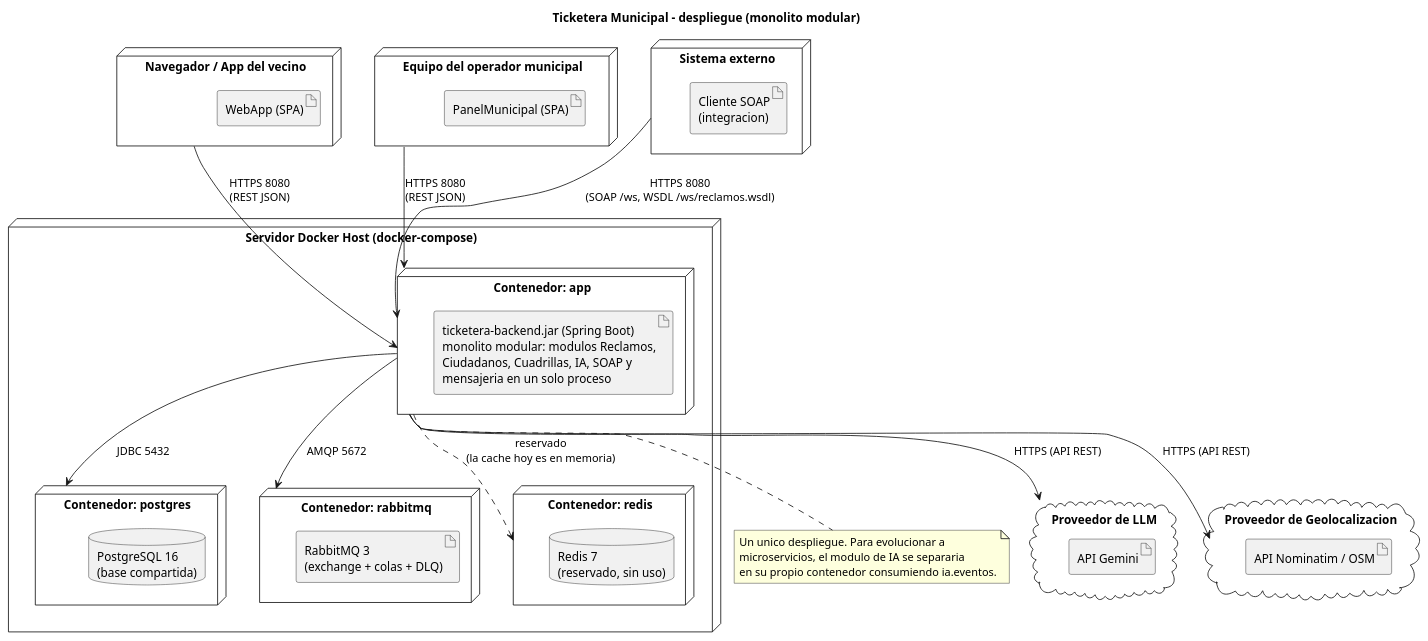
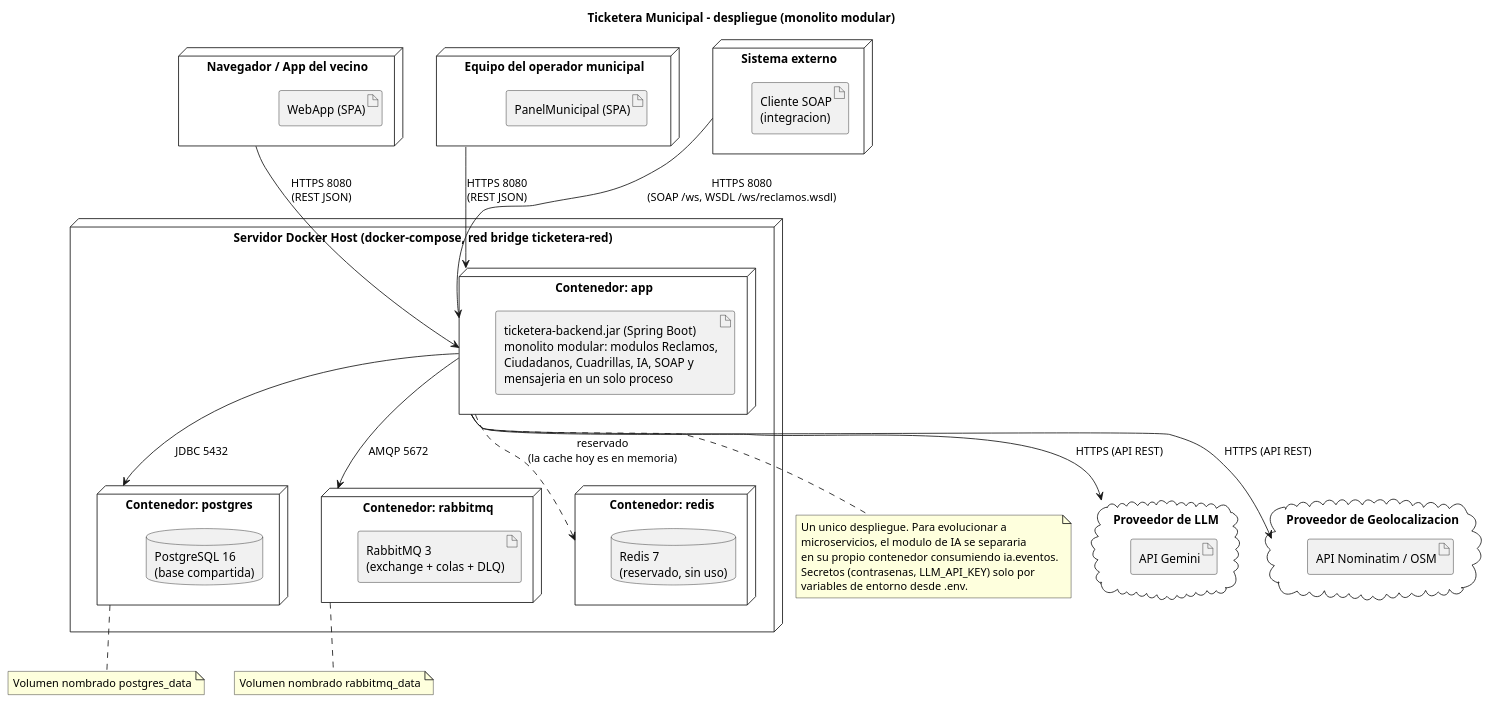
One commit to francolovera24/Backend-TicketeraMunicipal-DDA2 changed the diagram in docs/05_diagrama_despliegue.puml. Above: the diagram before and after it, drawn with PlantUML. The commit also changed 2 other files, not shown here.

Commit message:
Punto 17: docker-compose con red explicita y secretos solo por entorno
Red bridge propia (ticketera-red) para los cuatro servicios. Se
confirman los volumenes nombrados postgres_data y rabbitmq_data y que
las variables sensibles solo llegan por .env: postgres y rabbitmq ahora
tambien cortan el arranque si faltan (:?), y el repo solo tiene
valores de ejemplo en .env.example. Se reenvian DUPLICADOS_HABILITADO
y ZONA_HORARIA. Diagrama de despliegue 05 actualizado.

```diff
--- a/docs/05_diagrama_despliegue.puml
+++ b/docs/05_diagrama_despliegue.puml
@@ -1,58 +1,68 @@
 @startuml
 title Ticketera Municipal - despliegue (monolito modular)
 
 node "Navegador / App del vecino" as ClienteVecino {
     artifact "WebApp (SPA)" as artWebApp
 }
 
 node "Equipo del operador municipal" as ClienteMunicipal {
     artifact "PanelMunicipal (SPA)" as artPanel
 }
 
 node "Sistema externo" as ClienteSoap {
     artifact "Cliente SOAP\n(integracion)" as artSoap
 }
 
-node "Servidor Docker Host (docker-compose)" as DockerHost {
+node "Servidor Docker Host (docker-compose, red bridge ticketera-red)" as DockerHost {
 
     node "Contenedor: app" as AppContainer {
         artifact "ticketera-backend.jar (Spring Boot)\nmonolito modular: modulos Reclamos,\nCiudadanos, Cuadrillas, IA, SOAP y\nmensajeria en un solo proceso" as artApp
     }
 
     node "Contenedor: postgres" as PgContainer {
         database "PostgreSQL 16\n(base compartida)" as artDB
     }
 
     node "Contenedor: rabbitmq" as MqContainer {
         artifact "RabbitMQ 3\n(exchange + colas + DLQ)" as artMq
     }
 
     node "Contenedor: redis" as RedisContainer {
         database "Redis 7\n(reservado, sin uso)" as artRedis
     }
 }
 
 cloud "Proveedor de LLM" as NodoLLM {
     artifact "API Gemini" as artLLM
 }
 
 cloud "Proveedor de Geolocalizacion" as NodoGeo {
     artifact "API Nominatim / OSM" as artGeo
 }
 
 note bottom of AppContainer
   Un unico despliegue. Para evolucionar a
   microservicios, el modulo de IA se separaria
   en su propio contenedor consumiendo ia.eventos.
+  Secretos (contrasenas, LLM_API_KEY) solo por
+  variables de entorno desde .env.
+end note
+
+note bottom of PgContainer
+  Volumen nombrado postgres_data
+end note
+
+note bottom of MqContainer
+  Volumen nombrado rabbitmq_data
 end note
 
 ClienteVecino --> AppContainer : HTTPS 8080\n(REST JSON)
 ClienteMunicipal --> AppContainer : HTTPS 8080\n(REST JSON)
 ClienteSoap --> AppContainer : HTTPS 8080\n(SOAP /ws, WSDL /ws/reclamos.wsdl)
 
 AppContainer --> PgContainer : JDBC 5432
 AppContainer --> MqContainer : AMQP 5672
 AppContainer ..> RedisContainer : reservado\n(la cache hoy es en memoria)
 AppContainer --> NodoLLM : HTTPS (API REST)
 AppContainer --> NodoGeo : HTTPS (API REST)
 @enduml
```
